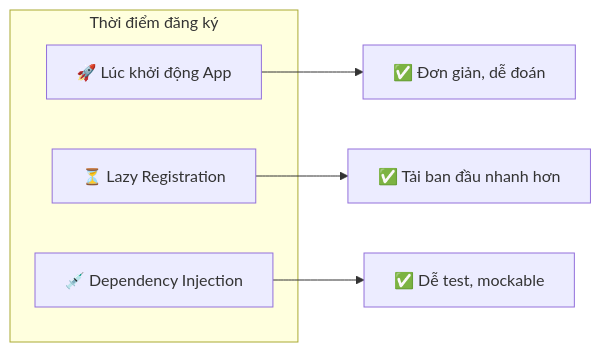
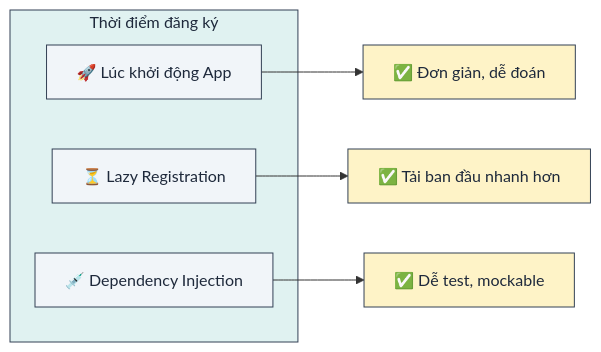
One commit to lploc94/flutter_orchestrator changed the ninth of 11 diagrams in book/vi/chapters/04_integration.md. Above: the diagram before and after it, drawn with Mermaid. The commit also changed other lines of this file and 3 other files, not shown here.

````diff
--- a/book/vi/chapters/04_integration.md
+++ b/book/vi/chapters/04_integration.md
@@ -227,12 +259,20 @@
 ```mermaid
 flowchart LR
     subgraph Strategies["Thời điểm đăng ký"]
         Startup["🚀 Lúc khởi động App"]
         Lazy["⏳ Lazy Registration"]
         DI["💉 Dependency Injection"]
     end
     
     Startup --> Pro1["✅ Đơn giản, dễ đoán"]
     Lazy --> Pro2["✅ Tải ban đầu nhanh hơn"]
     DI --> Pro3["✅ Dễ test, mockable"]
+    
+    style Strategies fill:#e0f2f1,stroke:#334155,color:#1e293b
+    style Startup fill:#f1f5f9,stroke:#334155,color:#1e293b
+    style Lazy fill:#f1f5f9,stroke:#334155,color:#1e293b
+    style DI fill:#f1f5f9,stroke:#334155,color:#1e293b
+    style Pro1 fill:#fef3c7,stroke:#334155,color:#1e293b
+    style Pro2 fill:#fef3c7,stroke:#334155,color:#1e293b
+    style Pro3 fill:#fef3c7,stroke:#334155,color:#1e293b
 ```
````
